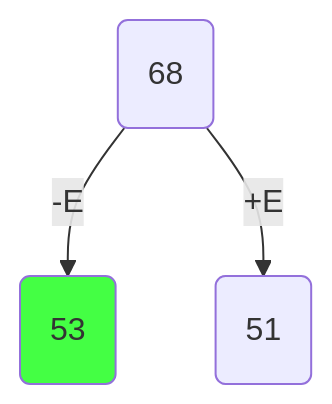
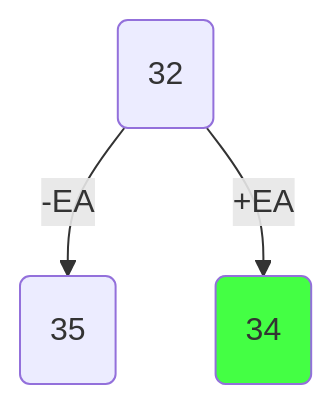
One commit to hse-algo-24-owl/manual-tasks-owl changed the third of 9 diagrams in nevermind.md. Above: the diagram before and after it, drawn with Mermaid. The commit also changed other lines of this file, not shown here.

````diff
--- a/nevermind.md
+++ b/nevermind.md
@@ -42,10 +94,11 @@
 ``` mermaid
 flowchart TD
-A(68)
-B(53)
-C(51)
-A -- -E--> B
-A --+E--> C
+A(32)
+B(35)
+C(34)
 
-style B fill:#4f4f
+A -- -EA --> B
+A -- +EA --> C
+
+style C fill:#4f4f
 ```
````
